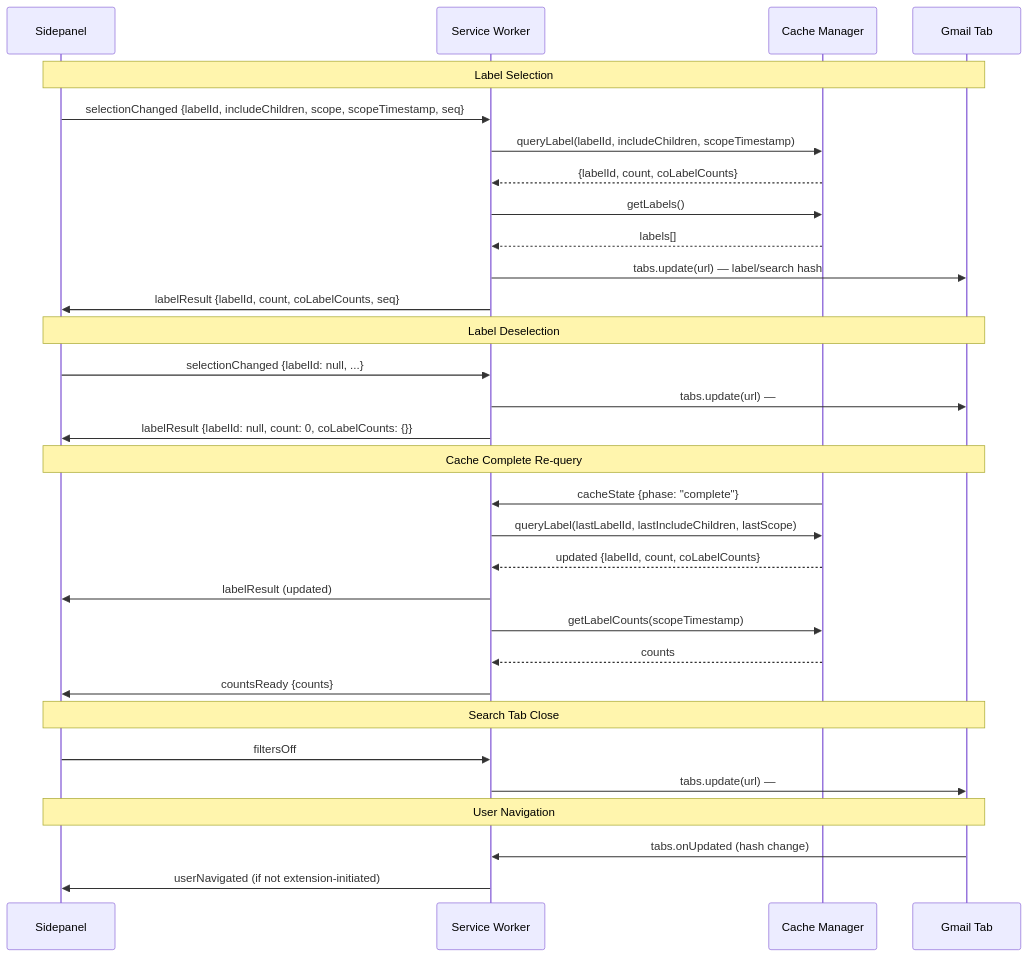
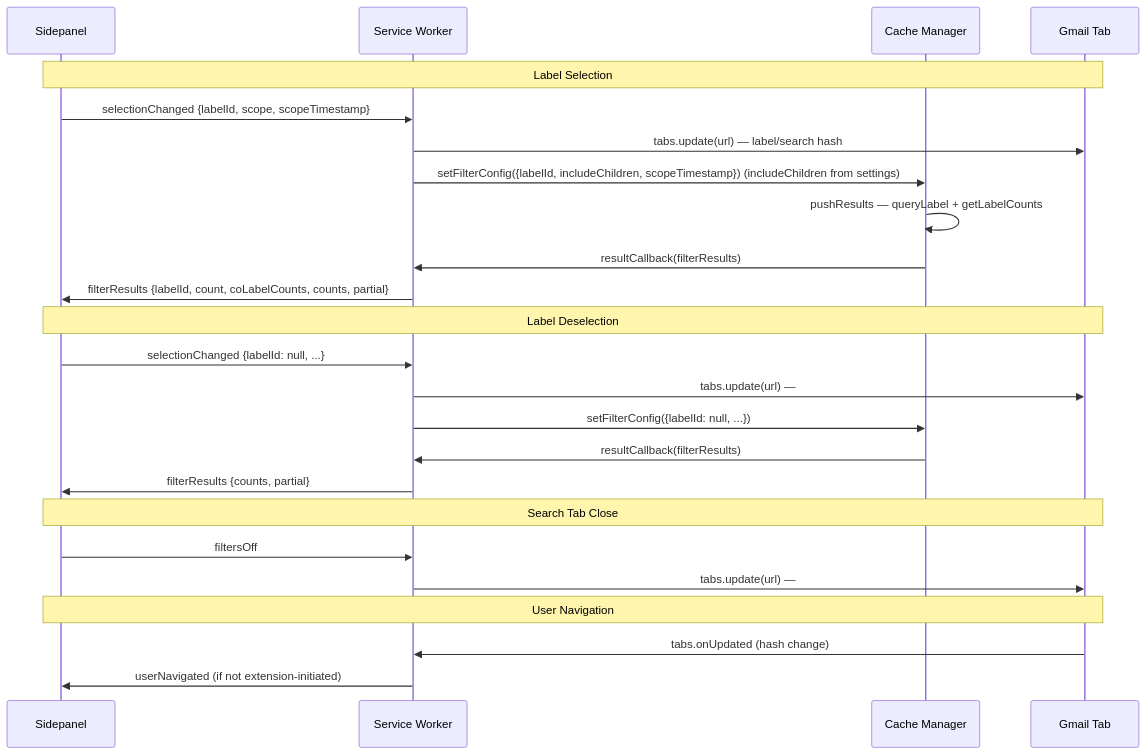
One commit to AnotherSava/chrome-assistant changed the diagram in docs/pages/label-selection-change.mmd. Above: the diagram before and after it, drawn with Mermaid. The commit also changed 7 other files, not shown here.

First line of the commit message:
docs: add store prep, storage layout, update diagrams

```diff
--- a/docs/pages/label-selection-change.mmd
+++ b/docs/pages/label-selection-change.mmd
@@ -1,36 +1,28 @@
 sequenceDiagram
     participant SP as Sidepanel
     participant SW as Service Worker
     participant CM as Cache Manager
     participant Gmail as Gmail Tab
 
     Note over SP,Gmail: Label Selection
-    SP->>SW: selectionChanged {labelId, includeChildren, scope, scopeTimestamp, seq}
-    SW->>CM: queryLabel(labelId, includeChildren, scopeTimestamp)
-    CM-->>SW: {labelId, count, coLabelCounts}
-    SW->>CM: getLabels()
-    CM-->>SW: labels[]
+    SP->>SW: selectionChanged {labelId, scope, scopeTimestamp}
     SW->>Gmail: tabs.update(url) — label/search hash
-    SW->>SP: labelResult {labelId, count, coLabelCounts, seq}
+    SW->>CM: setFilterConfig({labelId, includeChildren, scopeTimestamp}) (includeChildren from settings)
+    CM->>CM: pushResults — queryLabel + getLabelCounts
+    CM->>SW: resultCallback(filterResults)
+    SW->>SP: filterResults {labelId, count, coLabelCounts, counts, partial}
 
     Note over SP,Gmail: Label Deselection
     SP->>SW: selectionChanged {labelId: null, ...}
     SW->>Gmail: tabs.update(url) — #all or scoped search
-    SW->>SP: labelResult {labelId: null, count: 0, coLabelCounts: {}}
-
-    Note over SP,Gmail: Cache Complete Re-query
-    CM->>SW: cacheState {phase: "complete"}
-    SW->>CM: queryLabel(lastLabelId, lastIncludeChildren, lastScope)
-    CM-->>SW: updated {labelId, count, coLabelCounts}
-    SW->>SP: labelResult (updated)
-    SW->>CM: getLabelCounts(scopeTimestamp)
-    CM-->>SW: counts
-    SW->>SP: countsReady {counts}
+    SW->>CM: setFilterConfig({labelId: null, ...})
+    CM->>SW: resultCallback(filterResults)
+    SW->>SP: filterResults {counts, partial}
 
     Note over SP,Gmail: Search Tab Close
     SP->>SW: filtersOff
     SW->>Gmail: tabs.update(url) — #inbox
 
     Note over SP,Gmail: User Navigation
     Gmail->>SW: tabs.onUpdated (hash change)
     SW->>SP: userNavigated (if not extension-initiated)
```
